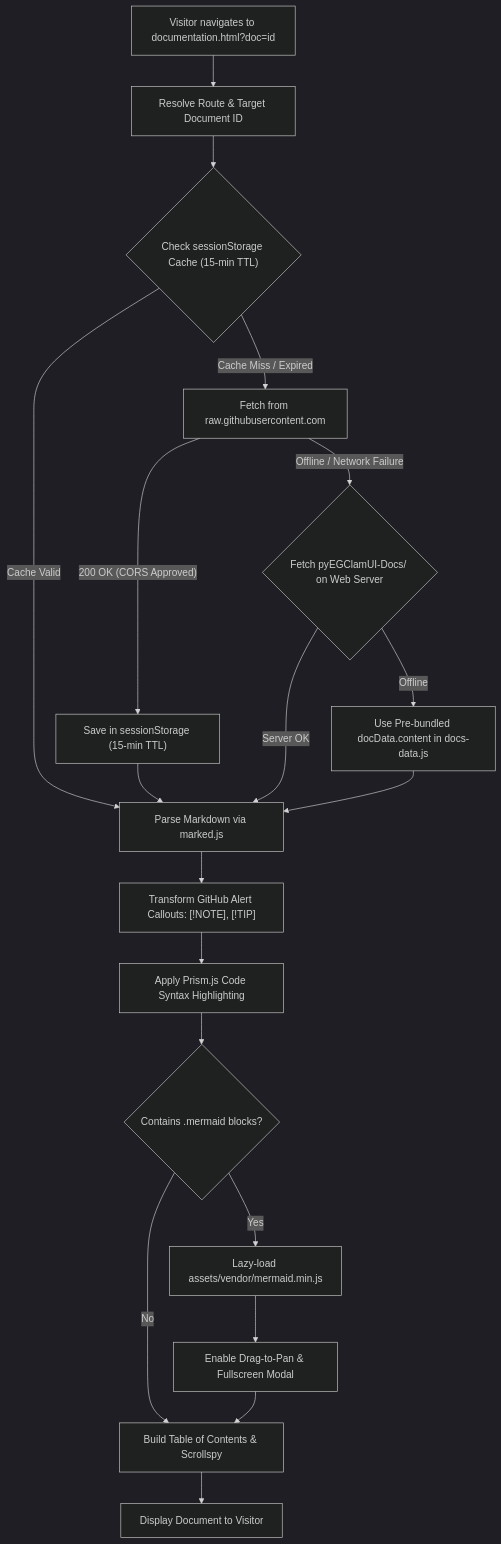
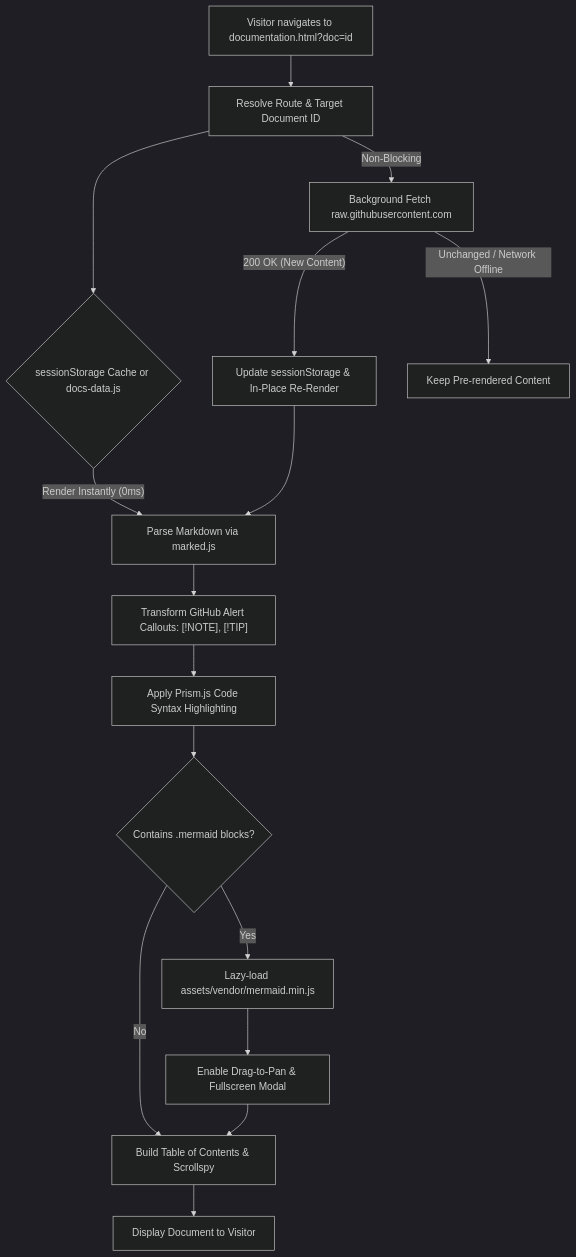
The diagram in docs/documentation-page.md (EG1DOTIN/av.eg1.in), drawn with Mermaid (dark theme) before and after one commit. The commit also changed other lines of this file and 16 other files, not shown here.

````diff
--- a/docs/documentation-page.md
+++ b/docs/documentation-page.md
@@ -21,28 +21,24 @@
 ```mermaid
 flowchart TD
     User["Visitor navigates to documentation.html?doc=id"] --> ResolveRoute["Resolve Route & Target Document ID"]
-    ResolveRoute --> CheckSession{"Check sessionStorage Cache (15-min TTL)"}
+    ResolveRoute --> CheckCache{"sessionStorage Cache or docs-data.js"}
     
-    CheckSession -->|"Cache Valid"| ParseMD["Parse Markdown via marked.js"]
-    CheckSession -->|"Cache Miss / Expired"| LiveFetch["Fetch from raw.githubusercontent.com"]
+    CheckCache -->|"Render Instantly (0ms)"| ParseMD["Parse Markdown via marked.js"]
+    ResolveRoute -->|"Non-Blocking"| LiveFetch["Background Fetch raw.githubusercontent.com"]
     
-    LiveFetch -->|"200 OK (CORS Approved)"| StoreSession["Save in sessionStorage (15-min TTL)"]
-    StoreSession --> ParseMD
-    
-    LiveFetch -->|"Offline / Network Failure"| LocalServer{"Fetch pyEGClamUI-Docs/ on Web Server"}
-    LocalServer -->|"Server OK"| ParseMD
-    LocalServer -->|"Offline"| OfflineStore["Use Pre-bundled docData.content in docs-data.js"]
-    OfflineStore --> ParseMD
+    LiveFetch -->|"200 OK (New Content)"| UpdateSession["Update sessionStorage & In-Place Re-Render"]
+    LiveFetch -->|"Unchanged / Network Offline"| KeepCurrent["Keep Pre-rendered Content"]
+    UpdateSession --> ParseMD
     
     ParseMD --> TransformAlerts["Transform GitHub Alert Callouts: [!NOTE], [!TIP]"]
     TransformAlerts --> PrismCode["Apply Prism.js Code Syntax Highlighting"]
     PrismCode --> ScanMermaid{"Contains .mermaid blocks?"}
     
     ScanMermaid -->|"Yes"| LazyMermaid["Lazy-load assets/vendor/mermaid.min.js"]
     ScanMermaid -->|"No"| BuildTOC["Build Table of Contents & Scrollspy"]
     
     LazyMermaid --> SetupPanZoom["Enable Drag-to-Pan & Fullscreen Modal"]
     SetupPanZoom --> BuildTOC
     
     BuildTOC --> Ready["Display Document to Visitor"]
 ```
````
